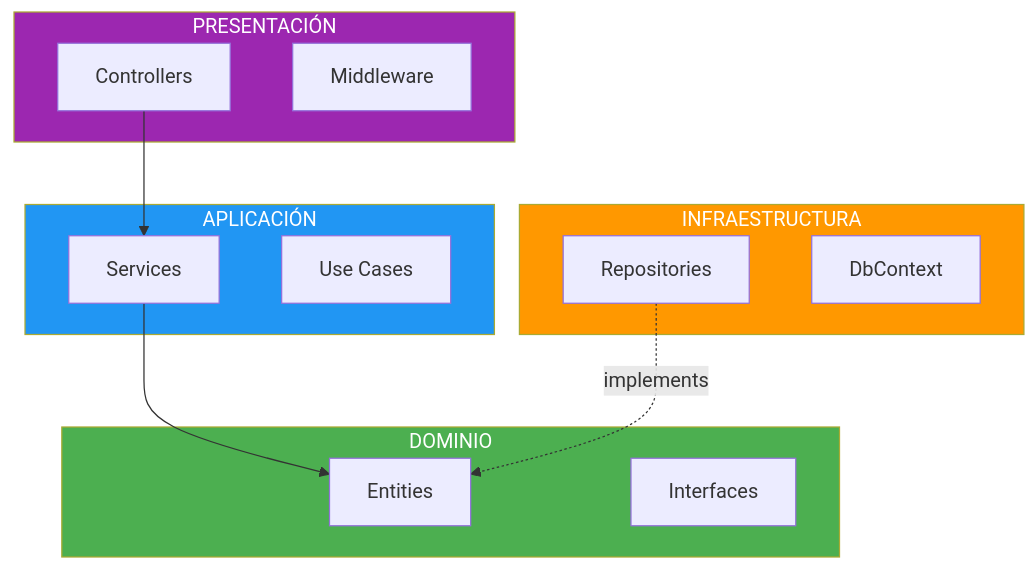
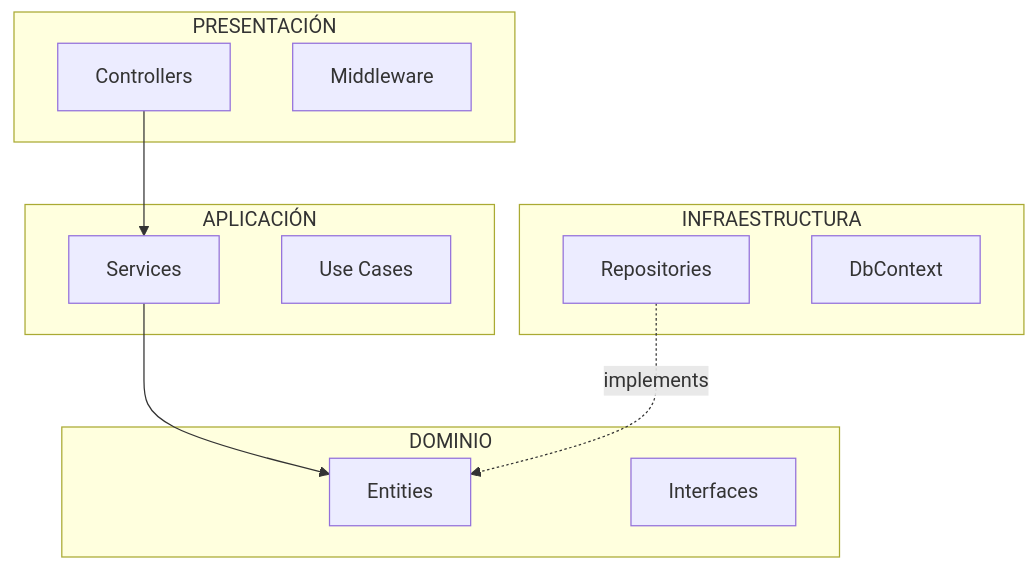
One commit to joseluisgs/DesarrolloWebEntornosServidor-02-2026-2027 changed the second of 8 diagrams in 11-clean-architecture.md. Above: the diagram before and after it, drawn with Mermaid. The commit also changed other lines of this file and 4 other files, not shown here.

Commit message:
docs: quitar el relleno a los subgraf de los diagramas de los temas 01, 10, 11, 19 y 30

````diff
--- a/11-clean-architecture.md
+++ b/11-clean-architecture.md
@@ -110,31 +109,27 @@
 ```mermaid
 flowchart TB
     subgraph PRESENTACIÓN
         P1["Controllers"]
         P2["Middleware"]
     end
 
     subgraph APLICACIÓN
         A1["Services"]
         A2["Use Cases"]
     end
 
     subgraph DOMINIO
         D1["Entities"]
         D2["Interfaces"]
     end
 
     subgraph INFRAESTRUCTURA
         I1["Repositories"]
         I2["DbContext"]
     end
 
     P1 --> A1
     A1 --> D1
     I1 -.implements.-> D1
 
-    style PRESENTACIÓN fill:#9C27B0,color:#fff
-    style APLICACIÓN fill:#2196F3,color:#fff
-    style DOMINIO fill:#4CAF50,color:#fff
-    style INFRAESTRUCTURA fill:#FF9800,color:#fff
 ```
````
